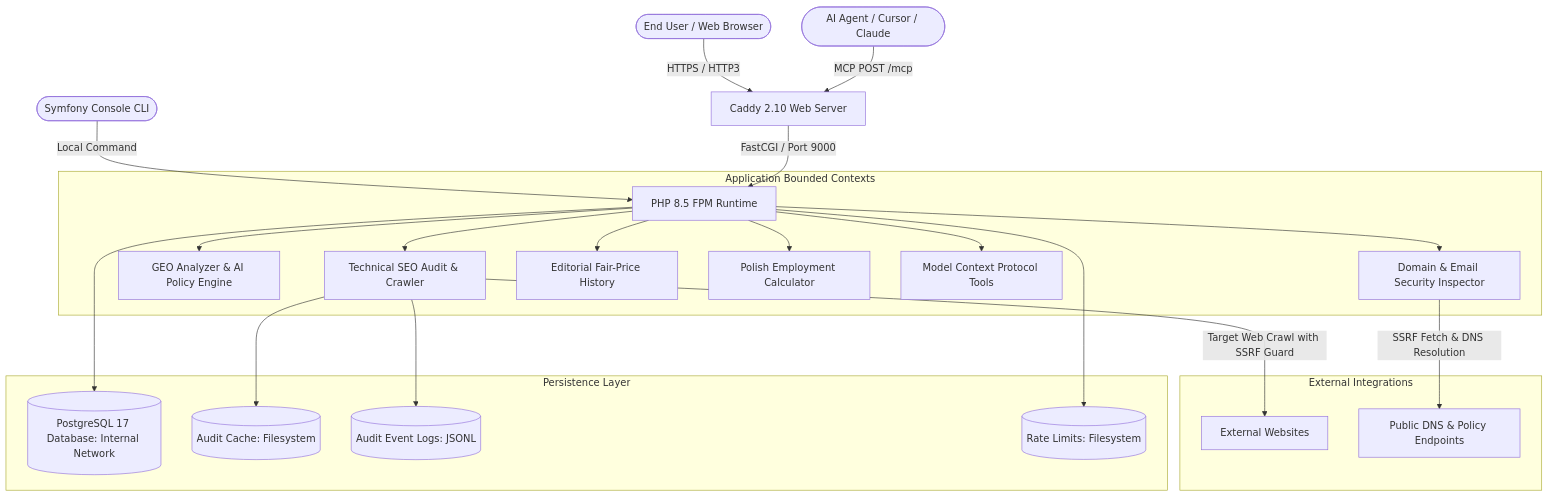
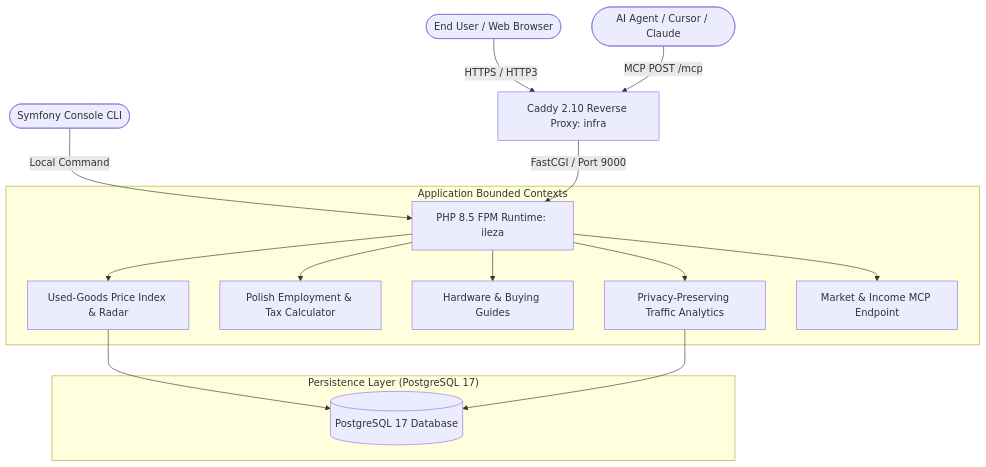
The diagram in ARCHITECTURE.md (bahdanhal/ileza), drawn with Mermaid before and after one commit. The commit also changed other lines of this file and 51 other files, not shown here.

````diff
--- a/ARCHITECTURE.md
+++ b/ARCHITECTURE.md
@@ -9,29 +9,21 @@
 ```mermaid
 graph TD
-    User([End User / Web Browser]) -->|HTTPS / HTTP3| Caddy[Caddy 2.10 Web Server]
+    User([End User / Web Browser]) -->|HTTPS / HTTP3| Caddy[Caddy 2.10 Reverse Proxy: infra]
     Agent([AI Agent / Cursor / Claude]) -->|MCP POST /mcp| Caddy
-    CLI([Symfony Console CLI]) -->|Local Command| PHP[PHP 8.5 FPM Runtime]
+    CLI([Symfony Console CLI]) -->|Local Command| PHP[PHP 8.5 FPM Runtime: ileza]
 
     Caddy -->|FastCGI / Port 9000| PHP
     
     subgraph "Application Bounded Contexts"
-        PHP --> AuditContext[Technical SEO Audit & Crawler]
-        PHP --> GeoContext[GEO Analyzer & AI Policy Engine]
-        PHP --> DomainInspectorContext[Domain & Email Security Inspector]
-        PHP --> MarketContext[Editorial Fair-Price History]
-        PHP --> IncomeContext[Polish Employment Calculator]
-        PHP --> McpContext[Model Context Protocol Tools]
+        PHP --> MarketContext[Used-Goods Price Index & Radar]
+        PHP --> IncomeContext[Polish Employment & Tax Calculator]
+        PHP --> BlogContext[Hardware & Buying Guides]
+        PHP --> AnalyticsContext[Privacy-Preserving Traffic Analytics]
+        PHP --> McpContext[Market & Income MCP Endpoint]
     end
 
-    subgraph "External Integrations"
-        AuditContext -->|Target Web Crawl with SSRF Guard| InternetTarget[External Websites]
-        DomainInspectorContext -->|SSRF Fetch & DNS Resolution| DnsTarget[Public DNS & Policy Endpoints]
-    end
-
-    subgraph "Persistence Layer"
-        PHP --> PostgreSQL[(PostgreSQL 17 Database: Internal Network)]
-        AuditContext --> AuditCache[(Audit Cache: Filesystem)]
-        AuditContext --> AuditLogs[(Audit Event Logs: JSONL)]
-        PHP --> RateLimits[(Rate Limits: Filesystem)]
+    subgraph "Persistence Layer (PostgreSQL 17)"
+        MarketContext --> PostgreSQL[(PostgreSQL 17 Database)]
+        AnalyticsContext --> PostgreSQL
     end
 ```
````
